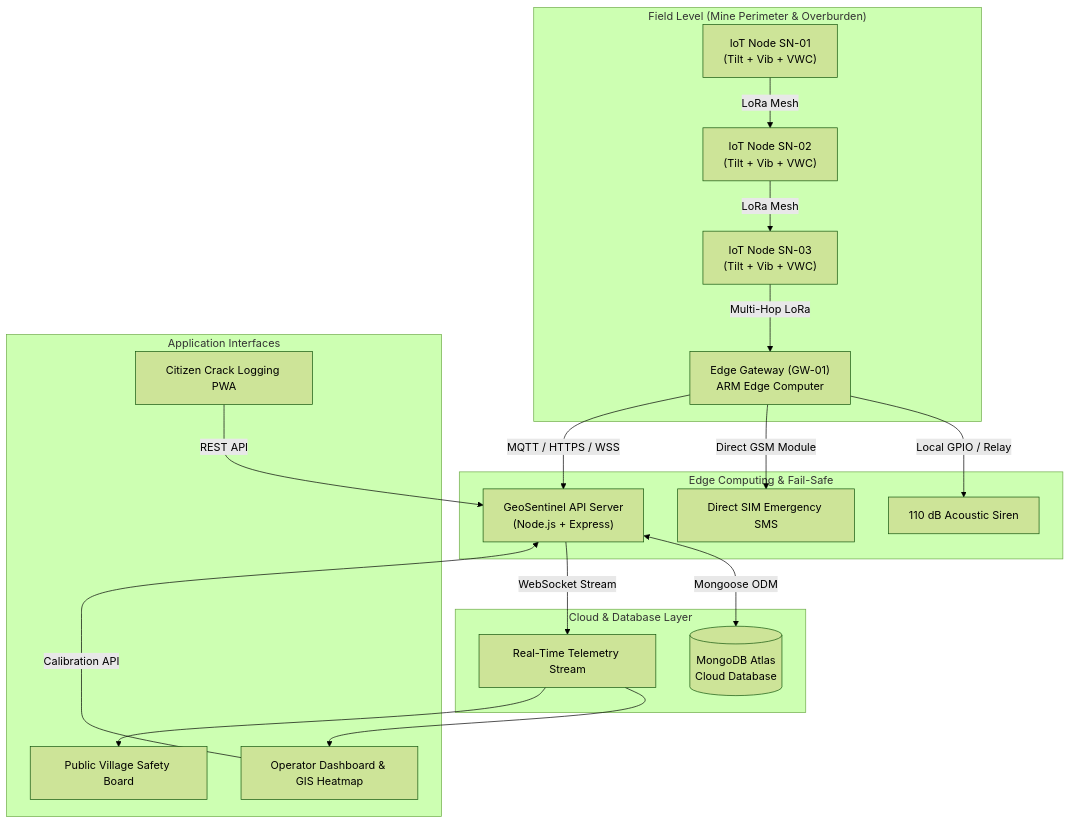
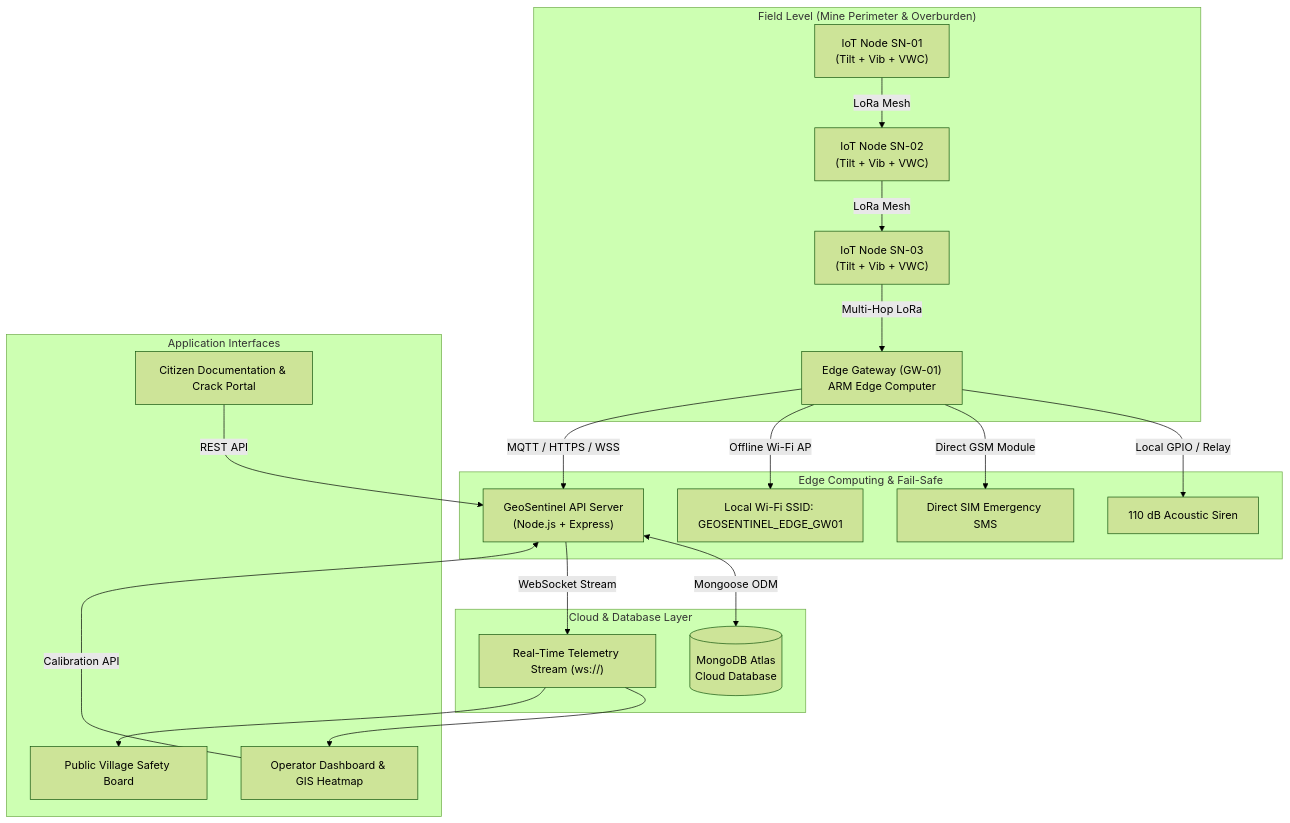
Before and after one commit to yashsinghal1234/Geosentinel: the diagram in README.md, drawn with Mermaid (forest theme). The commit also changed other lines of this file and 1 other file, not shown here.

Commit message:
docs: add exhaustive documentation manual with Knothe equations, hardware specs, REST/WS APIs, and security architecture

````diff
--- a/README.md
+++ b/README.md
@@ -66,26 +33,27 @@
 ```mermaid
 graph TD
     subgraph "Field Level (Mine Perimeter & Overburden)"
         N1["IoT Node SN-01<br/>(Tilt + Vib + VWC)"] -->|LoRa Mesh| N2["IoT Node SN-02<br/>(Tilt + Vib + VWC)"]
         N2 -->|LoRa Mesh| N3["IoT Node SN-03<br/>(Tilt + Vib + VWC)"]
         N3 -->|Multi-Hop LoRa| GW["Edge Gateway (GW-01)<br/>ARM Edge Computer"]
     end
 
     subgraph "Edge Computing & Fail-Safe"
         GW -->|Local GPIO / Relay| SIREN["110 dB Acoustic Siren"]
         GW -->|Direct GSM Module| SMS["Direct SIM Emergency SMS"]
+        GW -->|Offline Wi-Fi AP| HOTSPOT["Local Wi-Fi SSID: GEOSENTINEL_EDGE_GW01"]
         GW -->|MQTT / HTTPS / WSS| BACKEND["GeoSentinel API Server<br/>(Node.js + Express)"]
     end
 
     subgraph "Cloud & Database Layer"
         BACKEND <-->|Mongoose ODM| DB[("MongoDB Atlas<br/>Cloud Database")]
-        BACKEND -->|WebSocket Stream| WS["Real-Time Telemetry Stream"]
+        BACKEND -->|WebSocket Stream| WS["Real-Time Telemetry Stream (ws://)"]
     end
 
     subgraph "Application Interfaces"
         WS --> UI1["Operator Dashboard & GIS Heatmap"]
         WS --> UI2["Public Village Safety Board"]
-        UI3["Citizen Crack Logging PWA"] -->|REST API| BACKEND
+        UI3["Citizen Documentation & Crack Portal"] -->|REST API| BACKEND
         UI1 -->|Calibration API| BACKEND
     end
 ```
````
